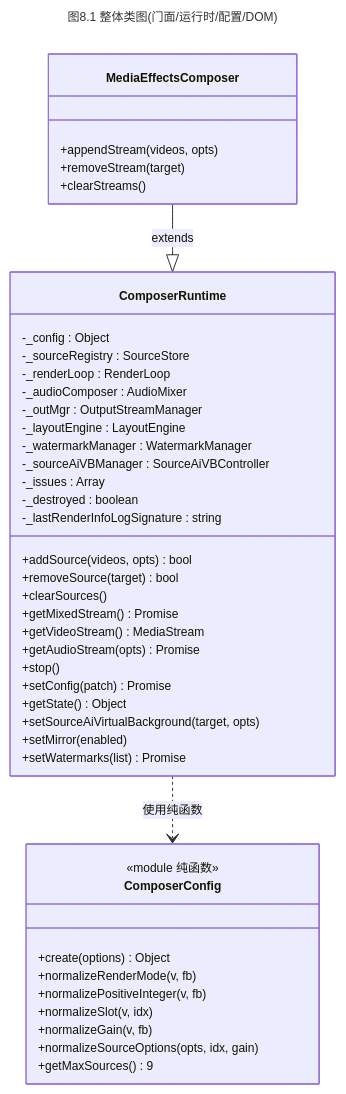
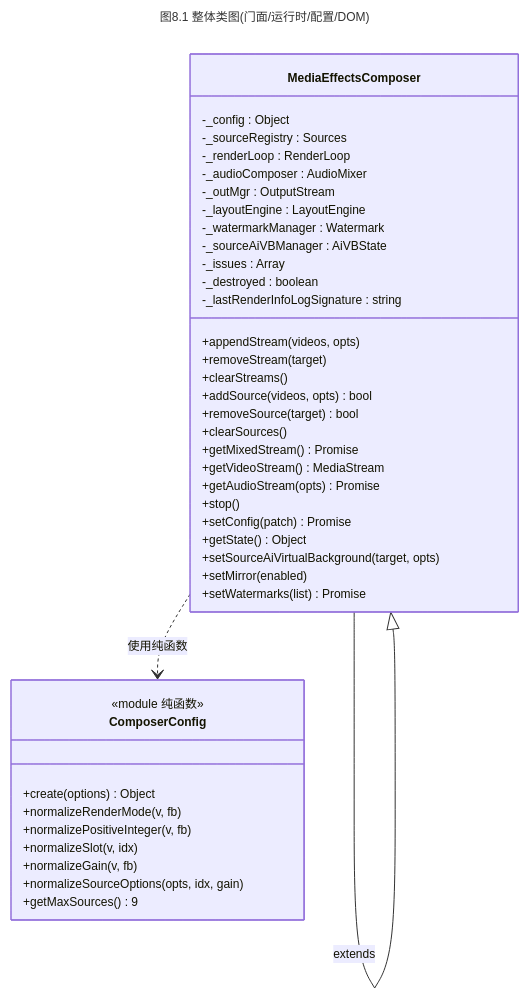
Diagram 13 of 19 in docs/MediaEffectsComposer-学习手册.md (lei40251/JsSIP), drawn with Mermaid before and after one commit. The commit also changed other lines of this file and 72 other files, not shown here.

First line of the commit message:
refactor: 合并精简 MediaEffectsComposer/AiNS/BFCP 模块，消除过度抽象层

````diff
--- a/docs/MediaEffectsComposer-学习手册.md
+++ b/docs/MediaEffectsComposer-学习手册.md
@@ -643,54 +629,54 @@
 ```mermaid
 ---
 title: 图8.1  整体类图(门面/运行时/配置/DOM)
 config:
   themeVariables:
     fontSize: 12px
 ---
 classDiagram
     class MediaEffectsComposer {
         +appendStream(videos, opts)
         +removeStream(target)
         +clearStreams()
     }
 
-    class ComposerRuntime {
+    class MediaEffectsComposer {
         -_config : Object
-        -_sourceRegistry : SourceStore
+        -_sourceRegistry : Sources
         -_renderLoop : RenderLoop
         -_audioComposer : AudioMixer
-        -_outMgr : OutputStreamManager
+        -_outMgr : OutputStream
         -_layoutEngine : LayoutEngine
-        -_watermarkManager : WatermarkManager
-        -_sourceAiVBManager : SourceAiVBController
+        -_watermarkManager : Watermark
+        -_sourceAiVBManager : AiVBState
         -_issues : Array
         -_destroyed : boolean
         -_lastRenderInfoLogSignature : string
         +addSource(videos, opts) bool
         +removeSource(target) bool
         +clearSources()
         +getMixedStream() Promise
         +getVideoStream() MediaStream
         +getAudioStream(opts) Promise
         +stop()
         +setConfig(patch) Promise
         +getState() Object
         +setSourceAiVirtualBackground(target, opts)
         +setMirror(enabled)
         +setWatermarks(list) Promise
     }
 
     class ComposerConfig {
         <<module 纯函数>>
         +create(options) Object
         +normalizeRenderMode(v, fb)
         +normalizePositiveInteger(v, fb)
         +normalizeSlot(v, idx)
         +normalizeGain(v, fb)
         +normalizeSourceOptions(opts, idx, gain)
         +getMaxSources() 9
     }
 
-    MediaEffectsComposer --|> ComposerRuntime : extends
-    ComposerRuntime ..> ComposerConfig : 使用纯函数
+    MediaEffectsComposer --|> MediaEffectsComposer : extends
+    MediaEffectsComposer ..> ComposerConfig : 使用纯函数
 ```
````
